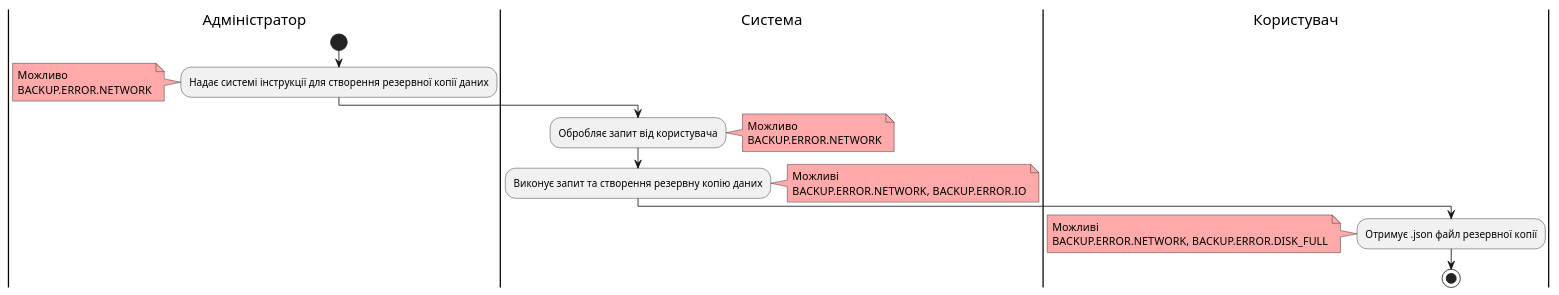
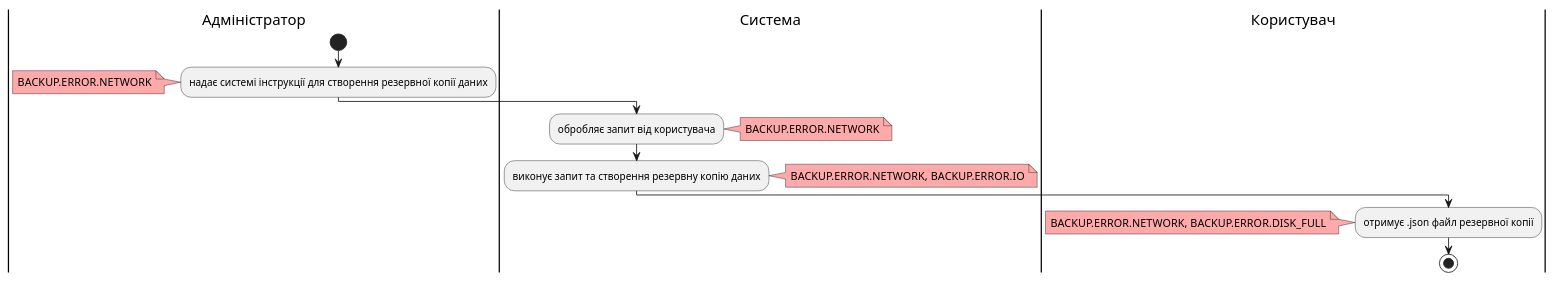
Diagram 21 of 23 in docs/use cases/README.md (yarikkot04/Sup), drawn with PlantUML before and after one commit. The commit also changed other lines of this file and 1 other file, not shown here.

```diff
--- a/docs/use cases/README.md
+++ b/docs/use cases/README.md
@@ -957,29 +964,25 @@
 @startuml
 
     |Адміністратор|
       start
-       :Надає системі інструкції для створення резервної копії даних;
+       :надає системі інструкції для створення резервної копії даних;
         note left #ffaaaa
-        Можливо
         BACKUP.ERROR.NETWORK
         end note
     |Система|
-       :Обробляє запит від користувача;
+       :обробляє запит від користувача;
         note right #ffaaaa
-        Можливо
         BACKUP.ERROR.NETWORK
         end note
-       :Виконує запит та створення резервну копію даних;
+       :виконує запит та створення резервну копію даних;
         note right #ffaaaa
-        Можливі
         BACKUP.ERROR.NETWORK, BACKUP.ERROR.IO
         end note
     |Користувач|
-       :Отримує .json файл резервної копії;
+       :отримує .json файл резервної копії;
         note left #ffaaaa
-        Можливі
         BACKUP.ERROR.NETWORK, BACKUP.ERROR.DISK_FULL
         end note
         stop;
         
 @enduml
```
